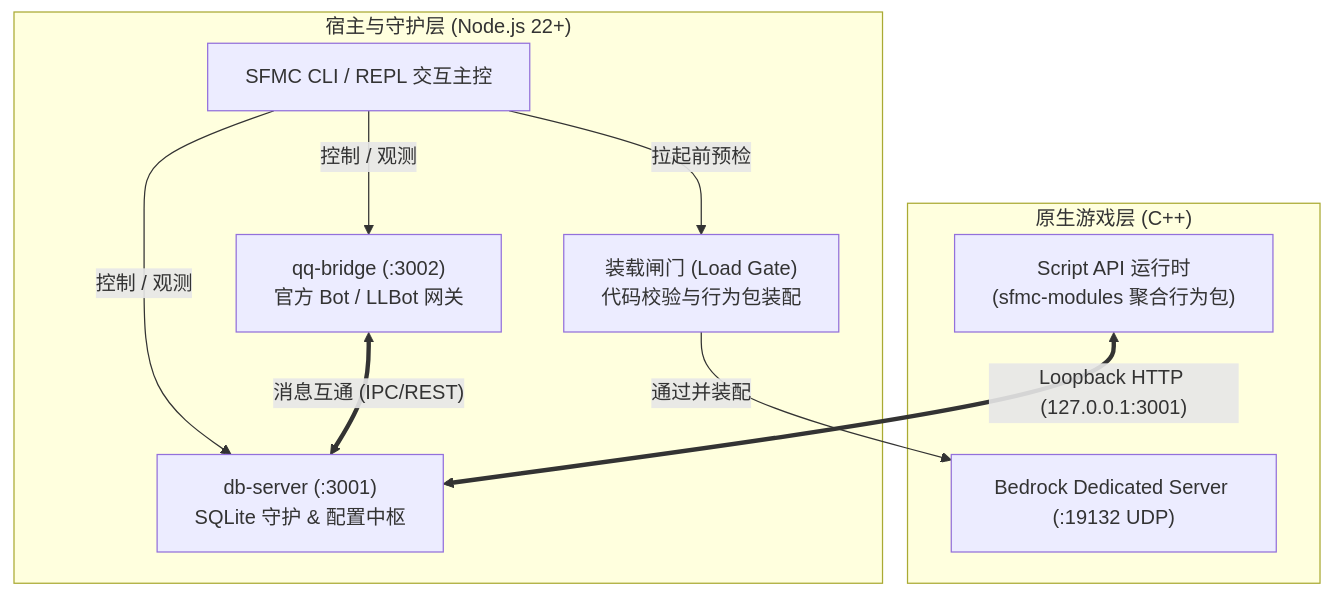
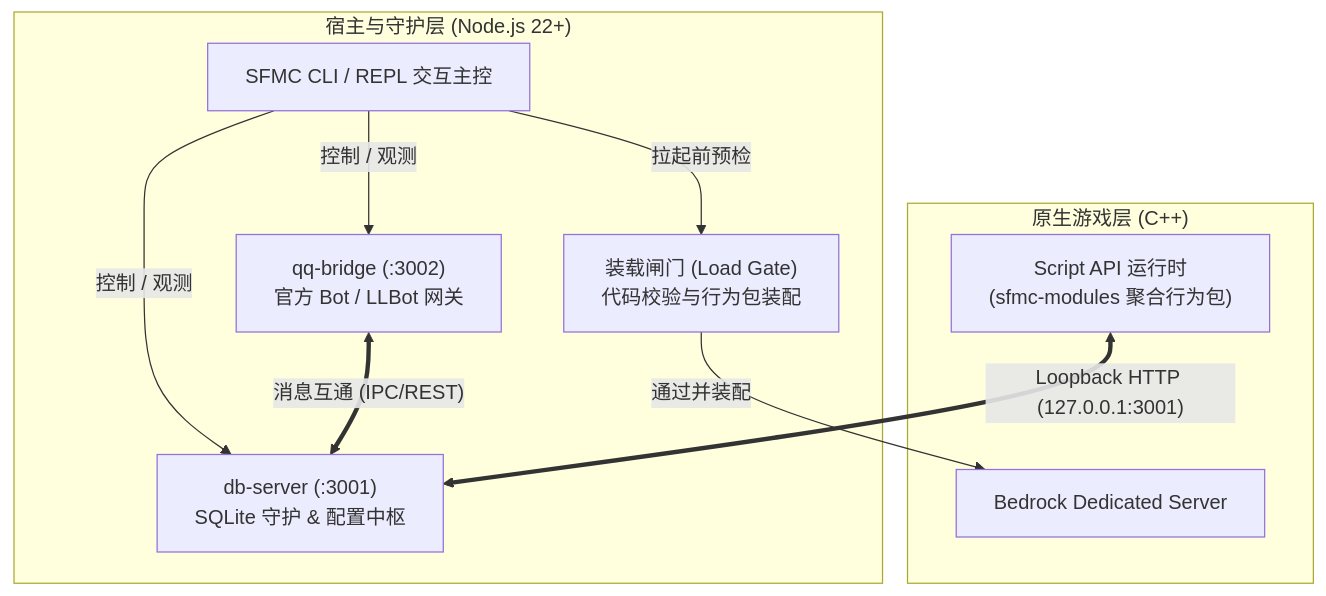
The first of 2 diagrams in docs/zh/guide/services.mdx (DogeLakeDev/ScriptsForMinecraftServer), drawn with Mermaid before and after one commit. The commit also changed other lines of this file and 25 other files, not shown here.

````diff
--- a/docs/zh/guide/services.mdx
+++ b/docs/zh/guide/services.mdx
@@ -13,22 +11,22 @@
 ```mermaid
 flowchart TD
   subgraph HostProcess ["宿主与守护层 (Node.js 22+)"]
     CLI["SFMC CLI / REPL 交互主控"]
     DB["db-server (:3001)<br/>SQLite 守护 & 配置中枢"]
     QQ["qq-bridge (:3002)<br/>官方 Bot / LLBot 网关"]
     GATE["装载闸门 (Load Gate)<br/>代码校验与行为包装配"]
   end
 
   subgraph NativeBDS ["原生游戏层 (C++)"]
-    BDS["Bedrock Dedicated Server (:19132 UDP)"]
+    BDS["Bedrock Dedicated Server "]
     SAPI["Script API 运行时<br/>(sfmc-modules 聚合行为包)"]
   end
 
   CLI -->|控制 / 观测| DB
   CLI -->|控制 / 观测| QQ
   CLI -->|拉起前预检| GATE
   GATE -->|通过并装配| BDS
 
   SAPI <== Loopback HTTP (127.0.0.1:3001) ==> DB
   QQ <== 消息互通 (IPC/REST) ==> DB
 ```
````
